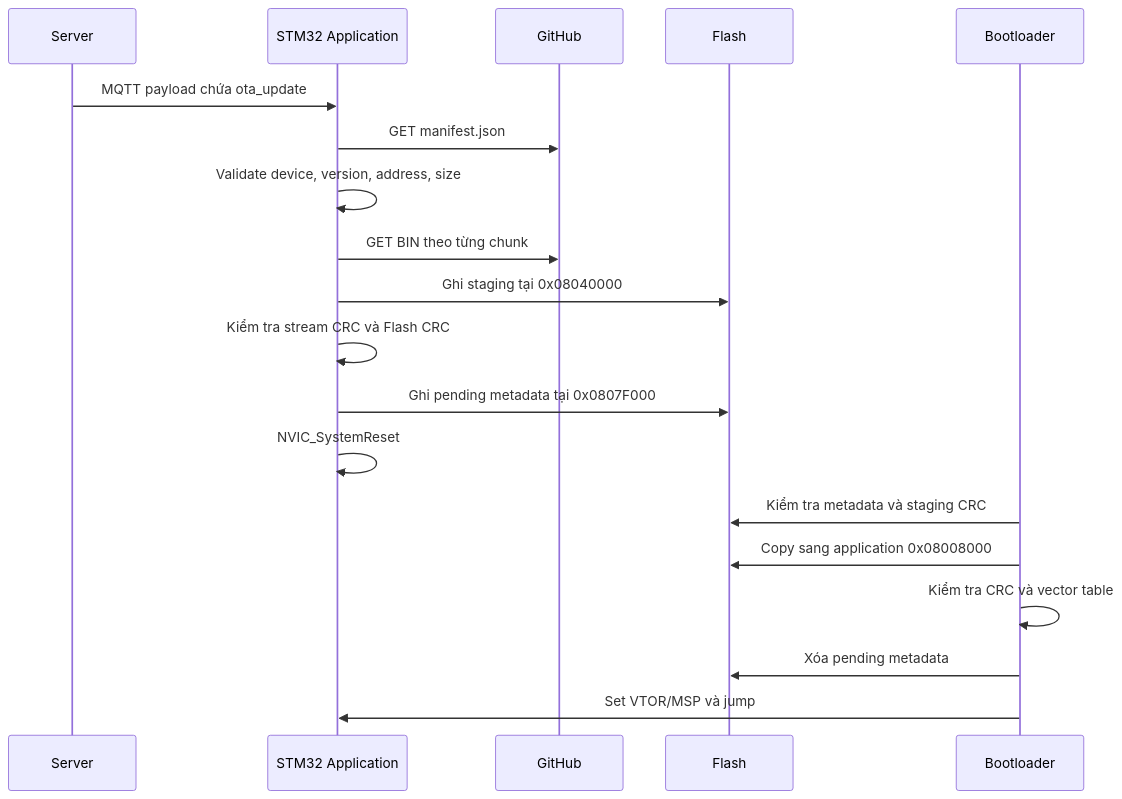
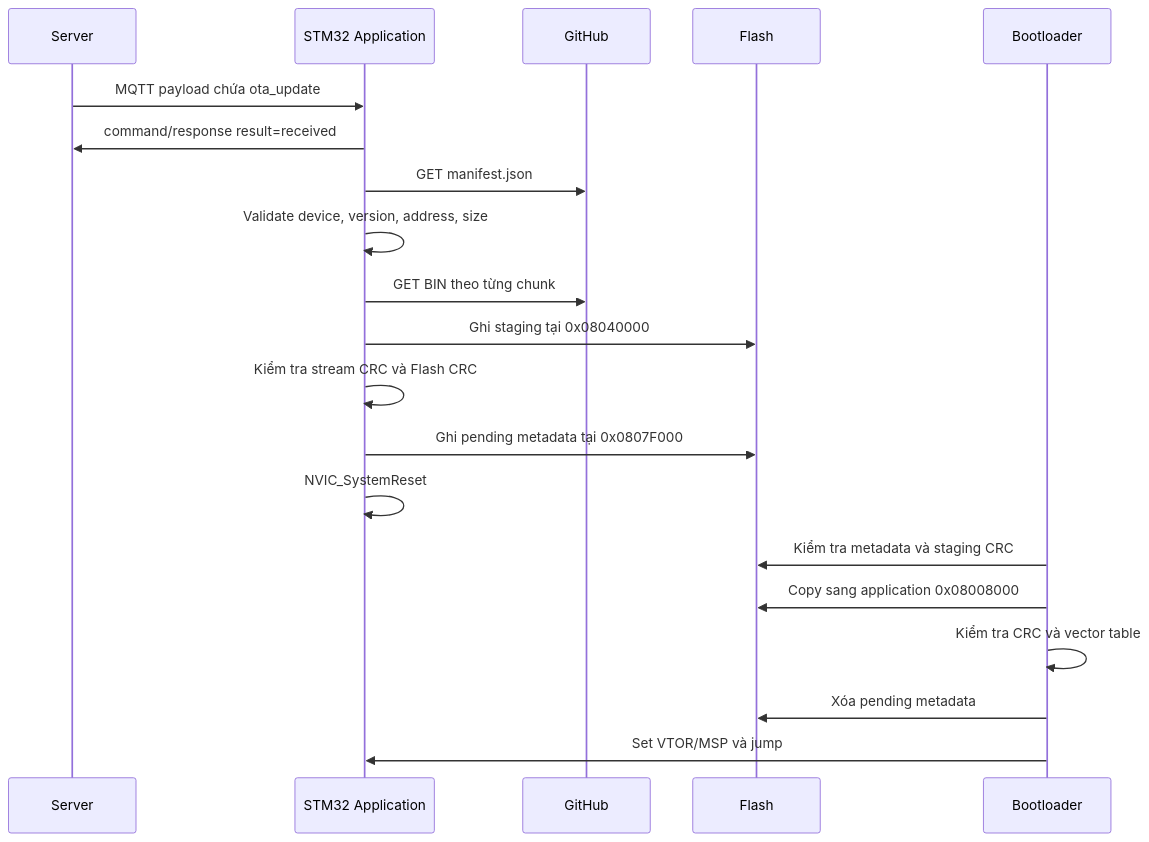
One commit to kenhkythuat/wbee_mobifone changed the fourth of 5 diagrams in docs/iot/wbee/flow.md. Above: the diagram before and after it, drawn with Mermaid. The commit also changed other lines of this file and 13 other files, not shown here.

````diff
--- a/docs/iot/wbee/flow.md
+++ b/docs/iot/wbee/flow.md
@@ -73,22 +73,23 @@
 ```mermaid
 sequenceDiagram
     participant Server
     participant App as STM32 Application
     participant GitHub
     participant Flash
     participant Boot as Bootloader
 
     Server->>App: MQTT payload chứa ota_update
+    App->>Server: command/response result=received
     App->>GitHub: GET manifest.json
     App->>App: Validate device, version, address, size
     App->>GitHub: GET BIN theo từng chunk
     App->>Flash: Ghi staging tại 0x08040000
     App->>App: Kiểm tra stream CRC và Flash CRC
     App->>Flash: Ghi pending metadata tại 0x0807F000
     App->>App: NVIC_SystemReset
     Boot->>Flash: Kiểm tra metadata và staging CRC
     Boot->>Flash: Copy sang application 0x08008000
     Boot->>Boot: Kiểm tra CRC và vector table
     Boot->>Flash: Xóa pending metadata
     Boot->>App: Set VTOR/MSP và jump
 ```
````
